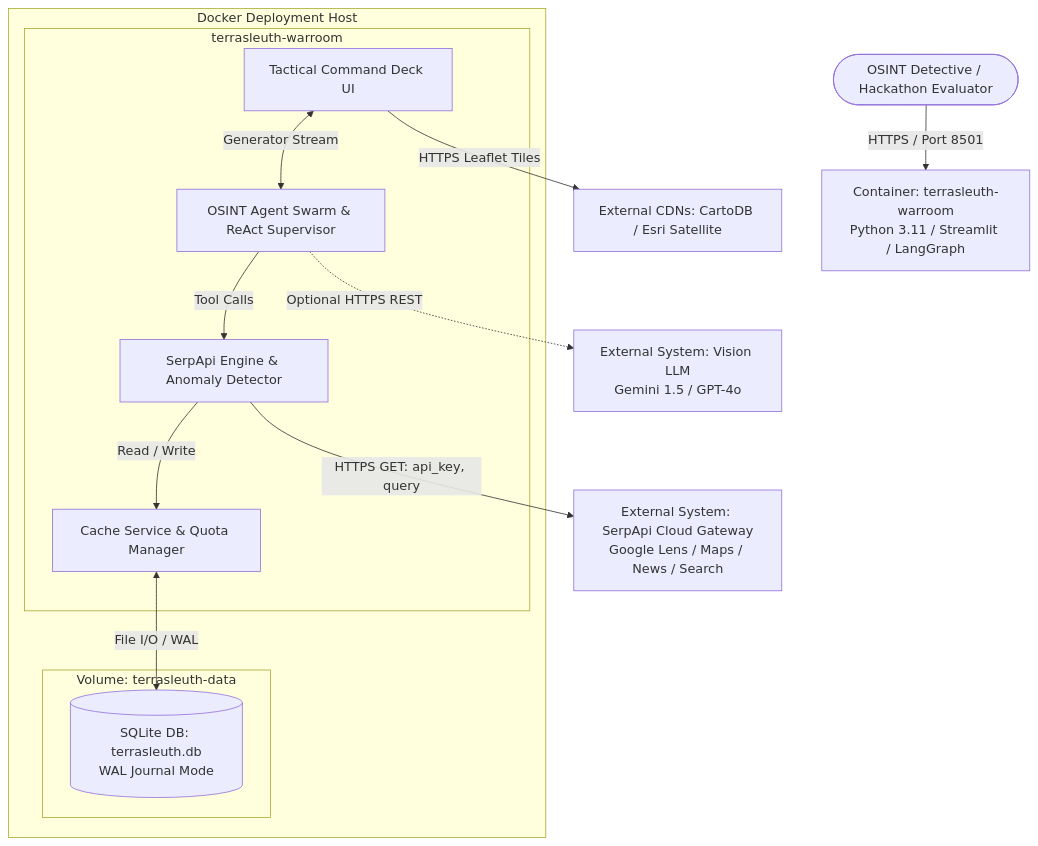
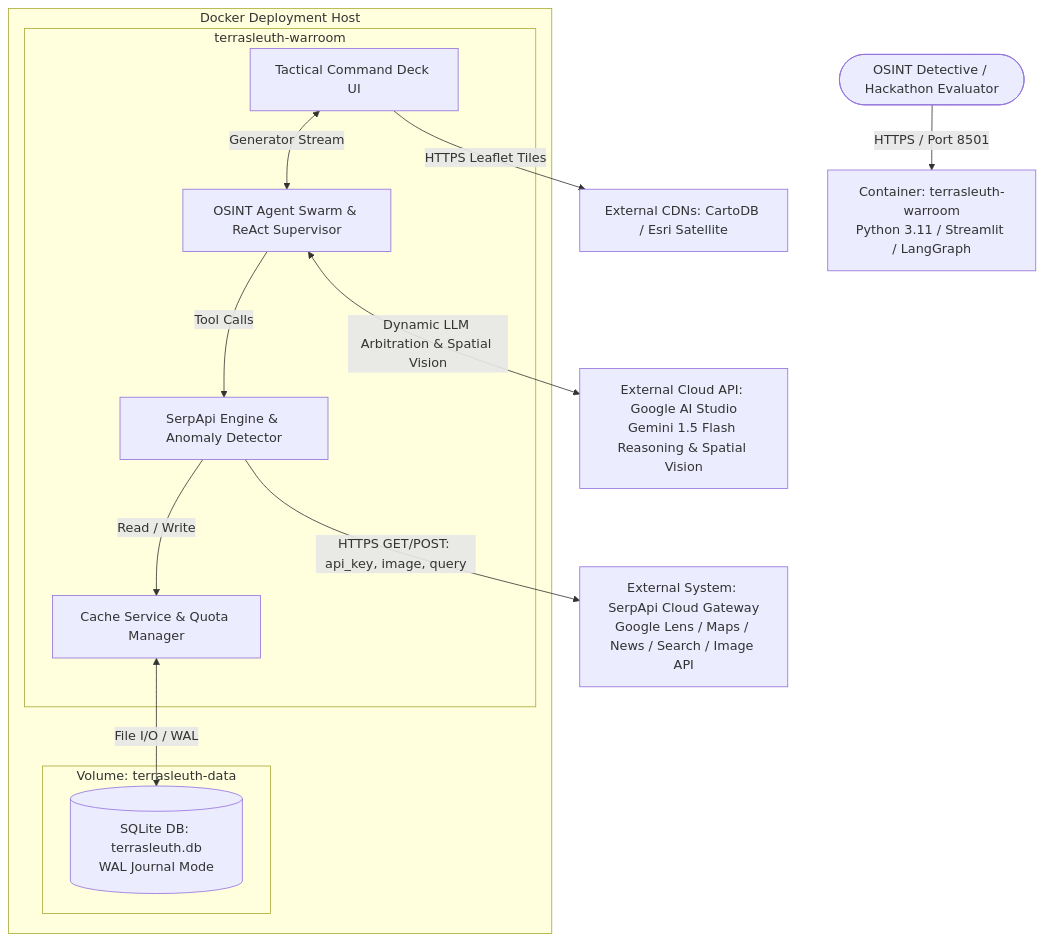
Before and after one commit to Siddhant75/TerraSleuth: the diagram in C4-Documentation/c4-container.md, drawn with Mermaid. The commit also changed other lines of this file and 10 other files, not shown here.

Commit message:
docs: overhaul README and synchronize C4 architecture suite for dynamic LLM swarm (Task 8.15)

````diff
--- a/C4-Documentation/c4-container.md
+++ b/C4-Documentation/c4-container.md
@@ -75,27 +75,27 @@
 ```mermaid
 graph TD
     User([OSINT Detective / Hackathon Evaluator]) -->|HTTPS / Port 8501| WarRoom[Container: terrasleuth-warroom<br>Python 3.11 / Streamlit / LangGraph]
 
     subgraph DockerHost [Docker Deployment Host]
         subgraph WarRoomContainer [terrasleuth-warroom]
             UI[Tactical Command Deck UI]
             AgentSwarm[OSINT Agent Swarm & ReAct Supervisor]
             Engines[SerpApi Engine & Anomaly Detector]
             CacheService[Cache Service & Quota Manager]
             
             UI <-->|Generator Stream| AgentSwarm
             AgentSwarm -->|Tool Calls| Engines
             Engines -->|Read / Write| CacheService
         end
 
         subgraph VolumeStorage [Volume: terrasleuth-data]
             DB[(SQLite DB: terrasleuth.db<br>WAL Journal Mode)]
         end
         
         CacheService <-->|File I/O / WAL| DB
     end
 
-    Engines -->|HTTPS GET: api_key, query| SerpApiCloud[External System: SerpApi Cloud Gateway<br>Google Lens / Maps / News / Search]
-    AgentSwarm -.->|Optional HTTPS REST| VisionLLM[External System: Vision LLM<br>Gemini 1.5 / GPT-4o]
+    Engines -->|HTTPS GET/POST: api_key, image, query| SerpApiCloud[External System: SerpApi Cloud Gateway<br>Google Lens / Maps / News / Search / Image API]
+    AgentSwarm <-->|Dynamic LLM Arbitration & Spatial Vision| GeminiCloud[External Cloud API: Google AI Studio<br>Gemini 1.5 Flash Reasoning & Spatial Vision]
     UI -->|HTTPS Leaflet Tiles| TileCDNs[External CDNs: CartoDB / Esri Satellite]
 ```
````
